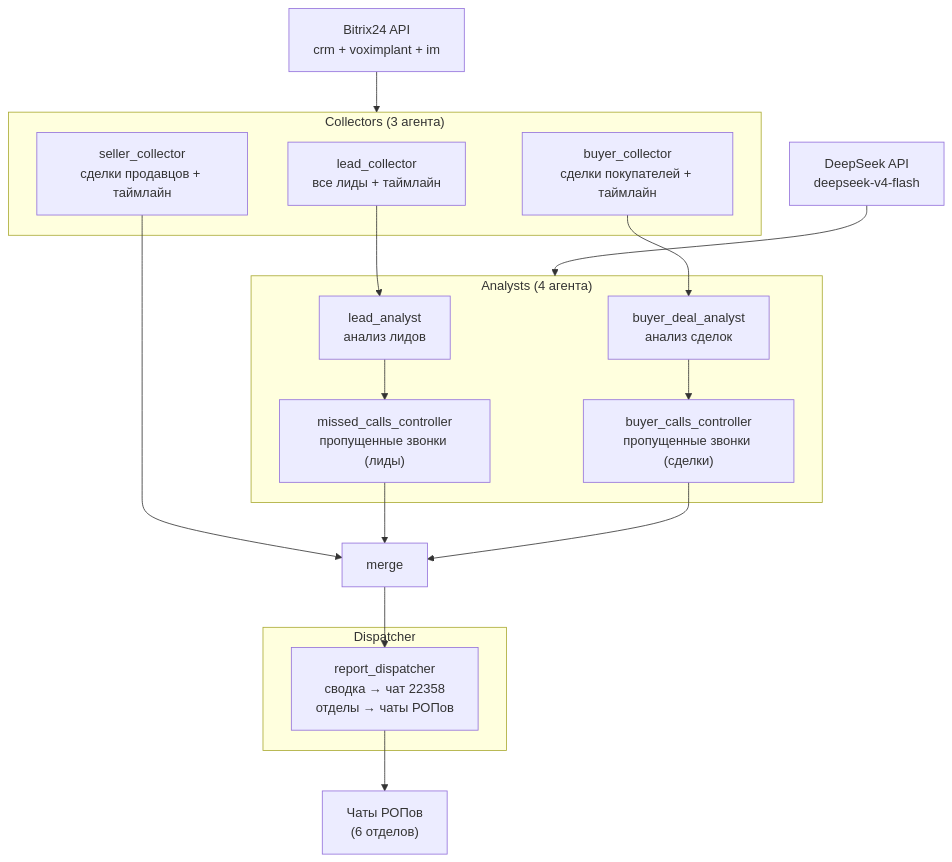
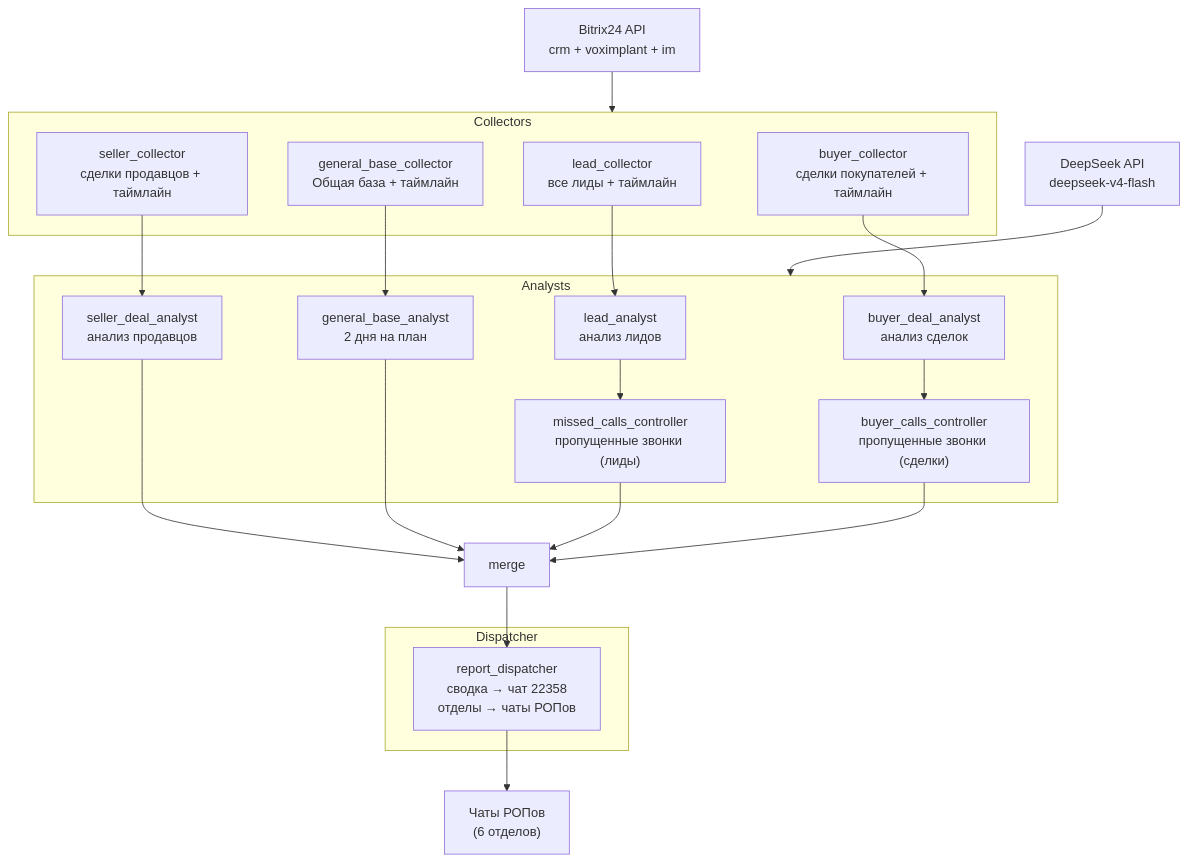
The diagram in README.md (Usachev-Real-Estate/AI_agents_Bitrix24), drawn with Mermaid before and after one commit. The commit also changed other lines of this file and 46 other files, not shown here.

````diff
--- a/README.md
+++ b/README.md
@@ -9,30 +9,36 @@
 ```mermaid
 flowchart TB
-    subgraph Collectors["Collectors (3 агента)"]
+    subgraph Collectors["Collectors"]
         LC["lead_collector\nвсе лиды + таймлайн"]
         BC["buyer_collector\nсделки покупателей + таймлайн"]
         SC["seller_collector\nсделки продавцов + таймлайн"]
+        GC["general_base_collector\nОбщая база + таймлайн"]
     end
 
-    subgraph Analysts["Analysts (4 агента)"]
+    subgraph Analysts["Analysts"]
         LA["lead_analyst\nанализ лидов"]
         BDA["buyer_deal_analyst\nанализ сделок"]
+        SDA["seller_deal_analyst\nанализ продавцов"]
+        GBA["general_base_analyst\n2 дня на план"]
         BCC["buyer_calls_controller\nпропущенные звонки (сделки)"]
         MCC["missed_calls_controller\nпропущенные звонки (лиды)"]
     end
 
     subgraph Output["Dispatcher"]
         RD["report_dispatcher\nсводка → чат 22358\nотделы → чаты РОПов"]
     end
 
     LC --> LA --> MCC
     BC --> BDA --> BCC
-    SC --> MERGE["merge"]
+    SC --> SDA
+    GC --> GBA
+    SDA --> MERGE["merge"]
+    GBA --> MERGE
     MCC --> MERGE
     BCC --> MERGE
     MERGE --> RD
 
     B24["Bitrix24 API\ncrm + voximplant + im"] --> Collectors
     DS["DeepSeek API\ndeepseek-v4-flash"] --> Analysts
     RD --> CHATS["Чаты РОПов\n(6 отделов)"]
 ```
````
